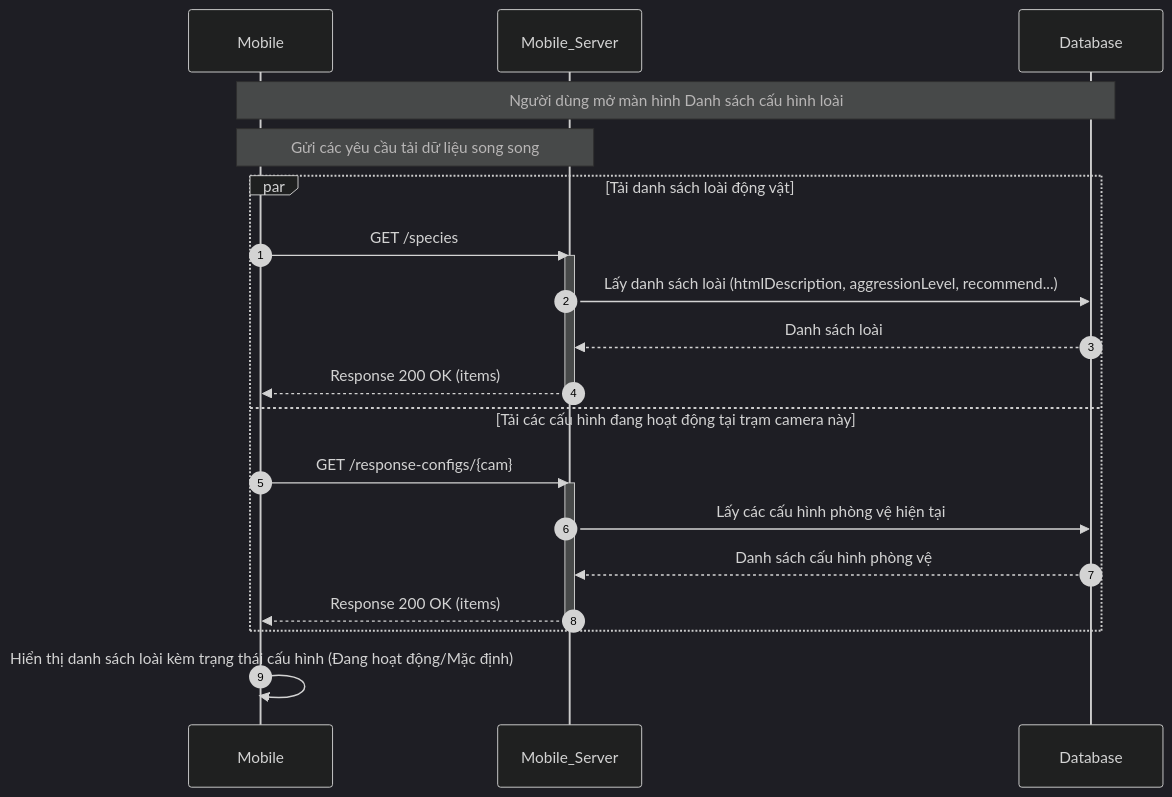
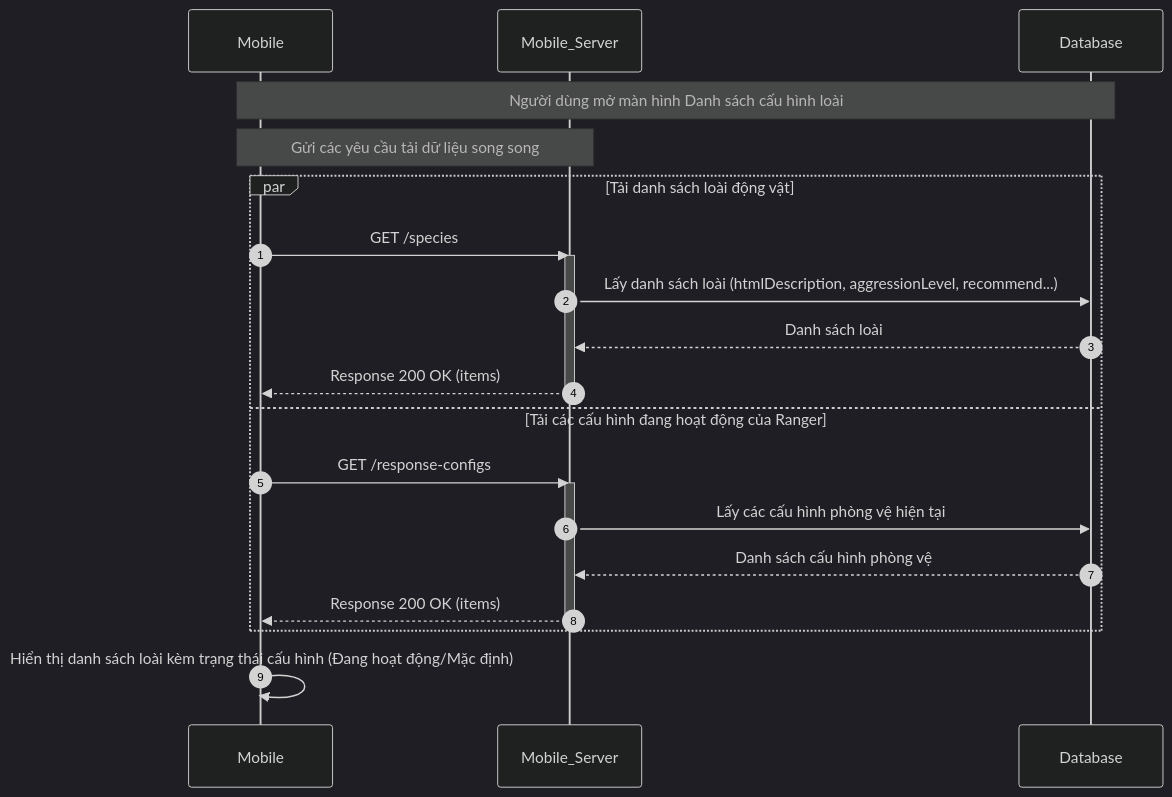
Diagram 13 of 19 in docs/04-sequence-diagram.md (trungnguyenthien/Wildlife-Warning-and-Deterrence-System), drawn with Mermaid (dark theme) before and after one commit. The commit also changed other lines of this file and 12 other files, not shown here.

Commit message:
refactor: reconfigure response settings to be user-specific instead of camera-specific in API and database schema

````diff
--- a/docs/04-sequence-diagram.md
+++ b/docs/04-sequence-diagram.md
@@ -436,26 +436,26 @@
 ```mermaid
 sequenceDiagram
     autonumber
     participant Mobile as Mobile
     participant Mobile_Server as Mobile_Server
     participant Database as Database
 
     Note over Mobile, Database: Người dùng mở màn hình Danh sách cấu hình loài
     Note over Mobile, Mobile_Server: Gửi các yêu cầu tải dữ liệu song song
     par Tải danh sách loài động vật
         Mobile->>Mobile_Server: GET /species
         activate Mobile_Server
         Mobile_Server->>Database: Lấy danh sách loài (htmlDescription, aggressionLevel, recommend...)
         Database-->>Mobile_Server: Danh sách loài
         Mobile_Server-->>Mobile: Response 200 OK (items)
         deactivate Mobile_Server
-    and Tải các cấu hình đang hoạt động tại trạm camera này
-        Mobile->>Mobile_Server: GET /response-configs/{cam}
+    and Tải các cấu hình đang hoạt động của Ranger
+        Mobile->>Mobile_Server: GET /response-configs
         activate Mobile_Server
         Mobile_Server->>Database: Lấy các cấu hình phòng vệ hiện tại
         Database-->>Mobile_Server: Danh sách cấu hình phòng vệ
         Mobile_Server-->>Mobile: Response 200 OK (items)
         deactivate Mobile_Server
     end
     Mobile->>Mobile: Hiển thị danh sách loài kèm trạng thái cấu hình (Đang hoạt động/Mặc định)
 ```
````
